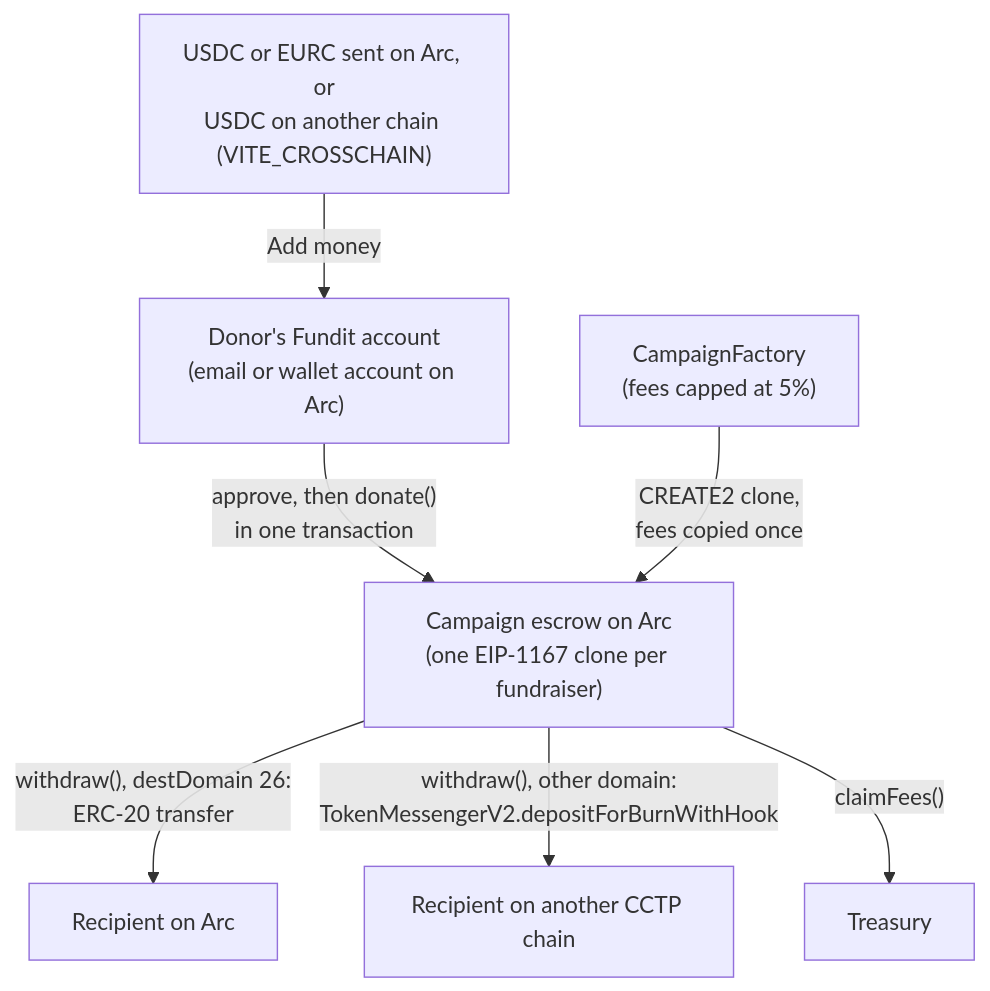
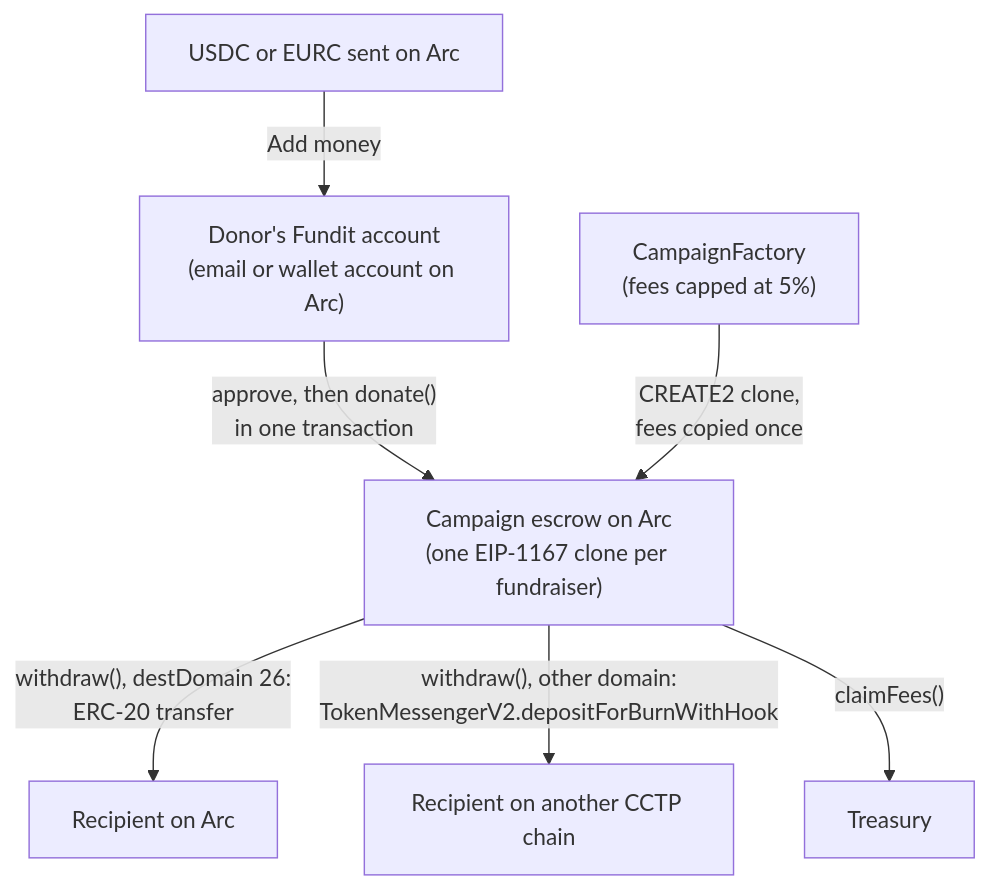
The diagram in README.md (xanderslabs/Fundit), drawn with Mermaid before and after one commit. The commit also changed other lines of this file and 34 other files, not shown here.

First line of the commit message:
feat(app): show USDC on every network and remove Add money from another chain

````diff
--- a/README.md
+++ b/README.md
@@ -84,10 +79,10 @@
 ```mermaid
 flowchart TD
-    W["USDC or EURC sent on Arc, or<br/>USDC on another chain (VITE_CROSSCHAIN)"] -- "Add money" --> A
+    W["USDC or EURC sent on Arc"] -- "Add money" --> A
     A["Donor's Fundit account<br/>(email or wallet account on Arc)"] -- "approve, then donate()<br/>in one transaction" --> C
     F["CampaignFactory<br/>(fees capped at 5%)"] -- "CREATE2 clone,<br/>fees copied once" --> C
     C["Campaign escrow on Arc<br/>(one EIP-1167 clone per fundraiser)"]
     C -- "withdraw(), destDomain 26:<br/>ERC-20 transfer" --> R1["Recipient on Arc"]
     C -- "withdraw(), other domain:<br/>TokenMessengerV2.depositForBurnWithHook" --> R2["Recipient on another CCTP chain"]
     C -- "claimFees()" --> T["Treasury"]
 ```
````
